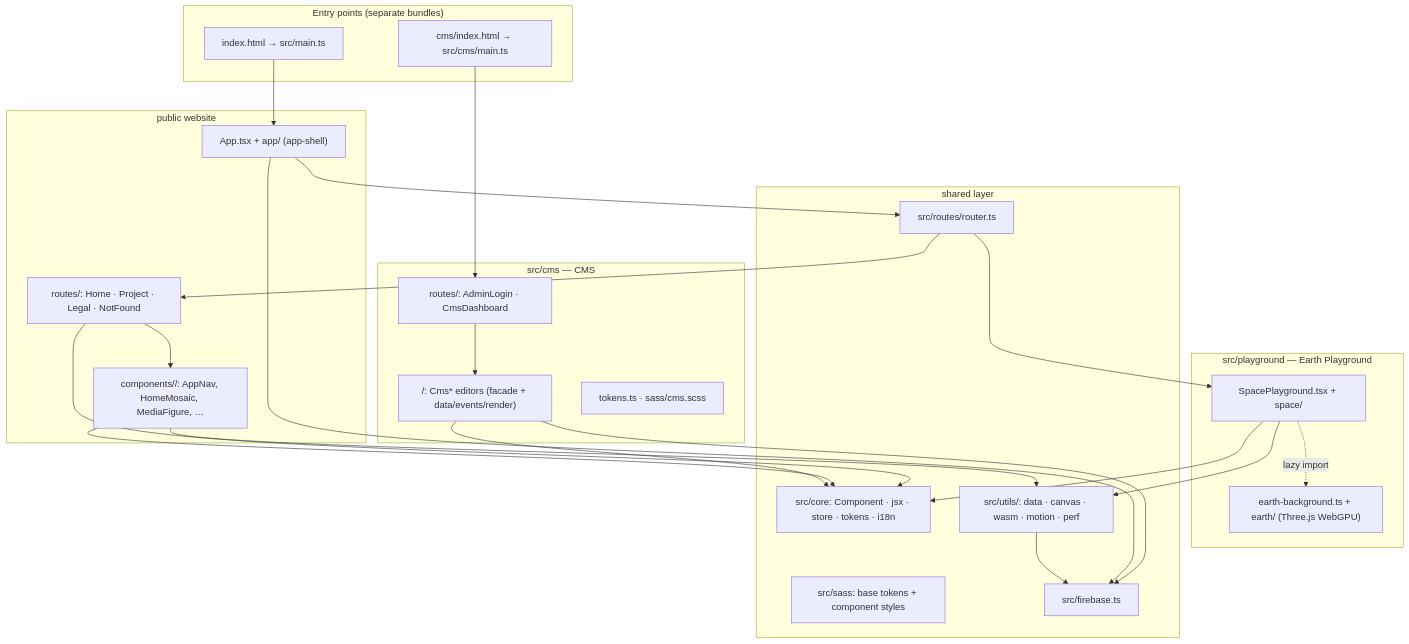
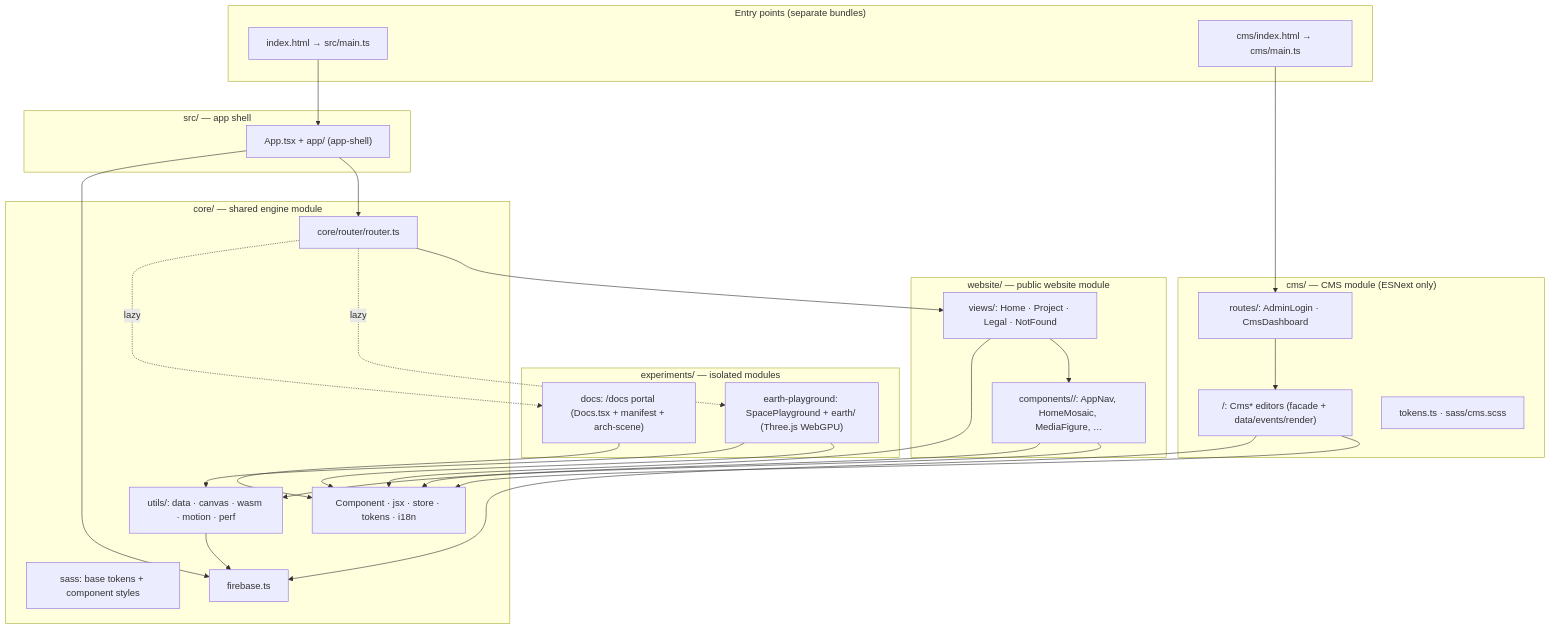
Before and after one commit to LuisKrotz/luiskr.com-V3: the diagram in docs/architecture/architecture.md, drawn with Mermaid. The commit also changed other lines of this file and 22065 other files, not shown here.

````diff
--- a/docs/architecture/architecture.md
+++ b/docs/architecture/architecture.md
@@ -5,49 +5,53 @@
 ```mermaid
 flowchart TB
     subgraph entries["Entry points (separate bundles)"]
         MAIN["index.html → src/main.ts"]
-        CMSMAIN["cms/index.html → src/cms/main.ts"]
+        CMSMAIN["cms/index.html → cms/main.ts"]
     end
 
-    subgraph site["public website"]
+    subgraph shell["src/ — app shell"]
         APP["App.tsx + app/ (app-shell)"]
-        SITER["routes/: Home · Project · Legal · NotFound"]
+    end
+
+    subgraph site["website/ — public website module"]
+        SITER["views/: Home · Project · Legal · NotFound"]
         SITEC["components/<domain>/: AppNav, HomeMosaic, MediaFigure, …"]
     end
 
-    subgraph cms["src/cms — CMS"]
+    subgraph cms["cms/ — CMS module (ESNext only)"]
         CMSR["routes/: AdminLogin · CmsDashboard"]
         CMSC["<feature>/: Cms* editors (facade + data/events/render)"]
         CMST["tokens.ts · sass/cms.scss"]
     end
 
-    subgraph pg["src/playground — Earth Playground"]
-        SP["SpacePlayground.tsx + space/"]
-        EB["earth-background.ts + earth/ (Three.js WebGPU)"]
+    subgraph exp["experiments/ — isolated modules"]
+        SP["earth-playground: SpacePlayground + earth/ (Three.js WebGPU)"]
+        DP["docs: /docs portal (Docs.tsx + manifest + arch-scene)"]
     end
 
-    subgraph shared["shared layer"]
-        ROUTER["src/routes/router.ts"]
-        CORE["src/core: Component · jsx · store · tokens · i18n"]
-        UTILS["src/utils/<domain>: data · canvas · wasm · motion · perf"]
-        SASS["src/sass: base tokens + component styles"]
-        FB["src/firebase.ts"]
+    subgraph shared["core/ — shared engine module"]
+        ROUTER["core/router/router.ts"]
+        CORE["Component · jsx · store · tokens · i18n"]
+        UTILS["utils/<domain>: data · canvas · wasm · motion · perf"]
+        SASS["sass: base tokens + component styles"]
+        FB["firebase.ts"]
     end
 
     MAIN --> APP
     CMSMAIN --> CMSR
     APP --> ROUTER --> SITER
+    ROUTER -. lazy .-> SP
+    ROUTER -. lazy .-> DP
     SITER --> SITEC
-    SP -. lazy import .-> EB
-    ROUTER --> SP
     CMSR --> CMSC
     SITER --> CORE
     SITEC --> CORE
     SITEC --> UTILS
     SP --> CORE
     SP --> UTILS
+    DP --> CORE
     CMSC --> CORE
     CMSC --> FB
     APP --> FB
     UTILS --> FB
 ```
````
